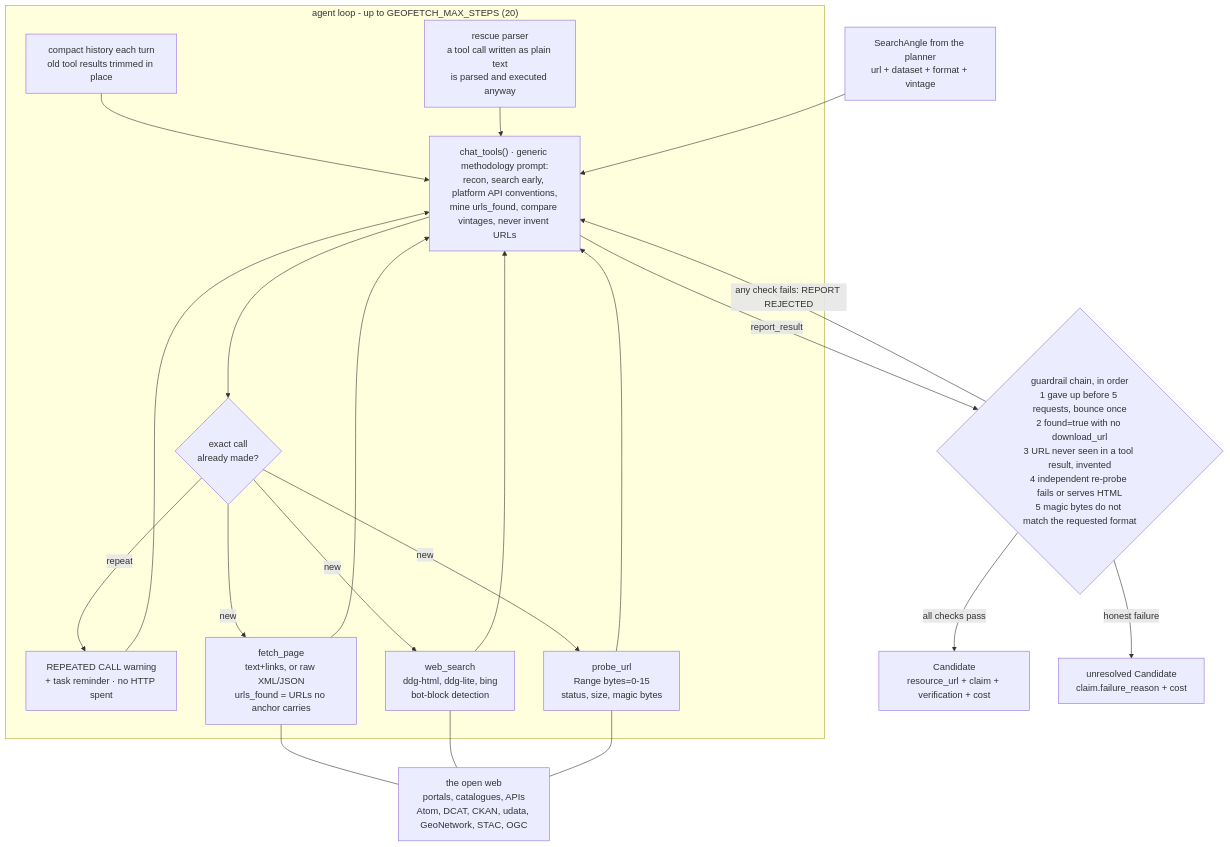
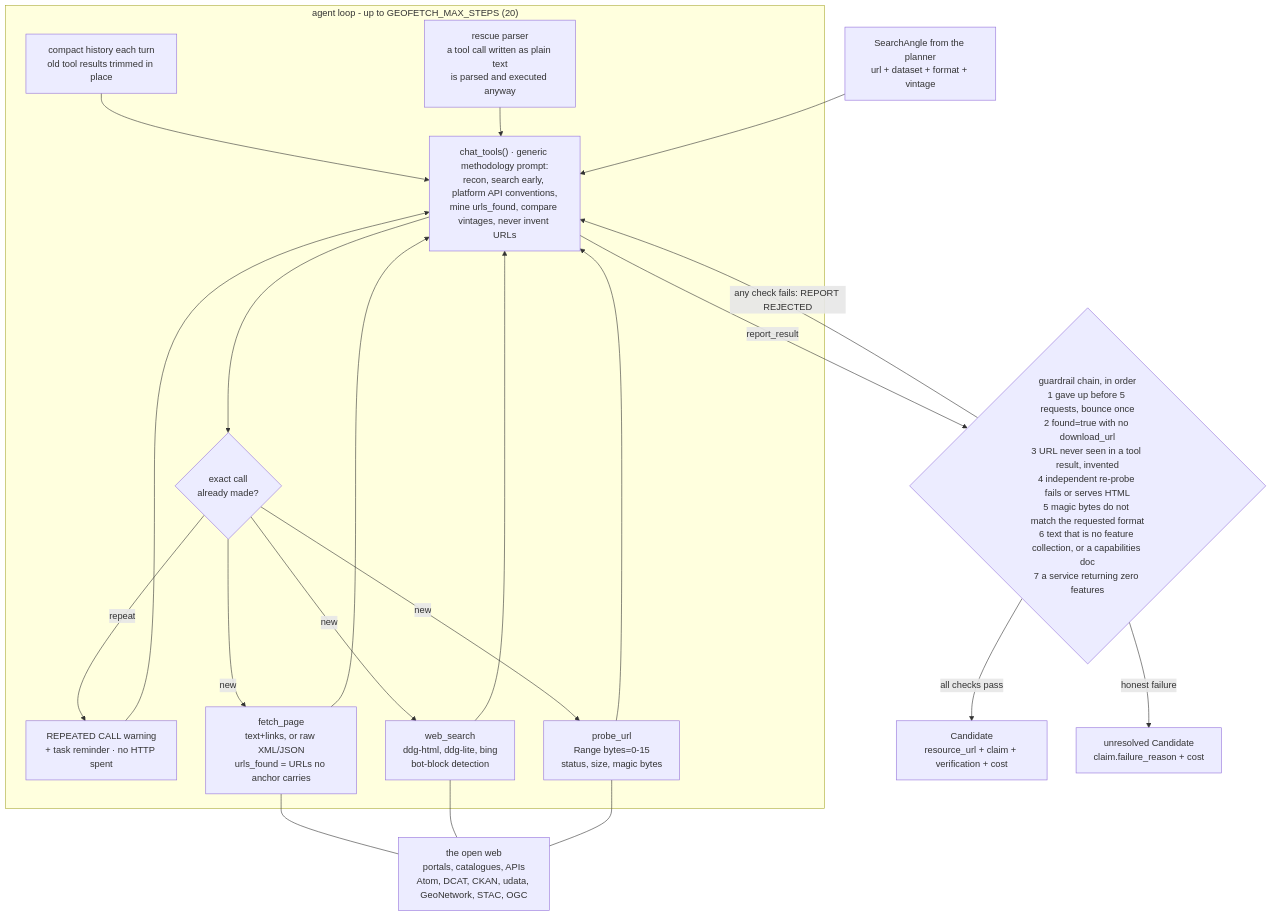
One commit to CommanderWahid/beegent changed the diagram in docs/geofetch.md. Above: the diagram before and after it, drawn with Mermaid. The commit also changed other lines of this file and 10 other files, not shown here.

````diff
--- a/docs/geofetch.md
+++ b/docs/geofetch.md
@@ -6,38 +6,38 @@
 ```mermaid
 flowchart TD
     ANGLE["SearchAngle from the planner<br/>url + dataset + format + vintage"]
 
     subgraph AGENT["agent loop - up to GEOFETCH_MAX_STEPS (20)"]
         LLM["chat_tools() · generic methodology prompt:<br/>recon, search early, platform API conventions,<br/>mine urls_found, compare vintages, never invent URLs"]
         COMPACT["compact history each turn<br/>old tool results trimmed in place"]
         RESCUE["rescue parser<br/>a tool call written as plain text<br/>is parsed and executed anyway"]
         ANTILOOP{"exact call<br/>already made?"}
         WARN["REPEATED CALL warning<br/>+ task reminder · no HTTP spent"]
         T1["fetch_page<br/>text+links, or raw XML/JSON<br/>urls_found = URLs no anchor carries"]
         T2["web_search<br/>ddg-html, ddg-lite, bing<br/>bot-block detection"]
         T3["probe_url<br/>Range bytes=0-15<br/>status, size, magic bytes"]
         COMPACT --> LLM
         LLM --> ANTILOOP
         RESCUE --> LLM
         ANTILOOP -->|repeat| WARN --> LLM
         ANTILOOP -->|new| T1 --> LLM
         ANTILOOP -->|new| T2 --> LLM
         ANTILOOP -->|new| T3 --> LLM
     end
 
     ANGLE --> LLM
 
     WEB["the open web<br/>portals, catalogues, APIs<br/>Atom, DCAT, CKAN, udata, GeoNetwork, STAC, OGC"]
     T1 --- WEB
     T2 --- WEB
     T3 --- WEB
 
-    G{"guardrail chain, in order<br/>1 gave up before 5 requests, bounce once<br/>2 found=true with no download_url<br/>3 URL never seen in a tool result, invented<br/>4 independent re-probe fails or serves HTML<br/>5 magic bytes do not match the requested format"}
+    G{"guardrail chain, in order<br/>1 gave up before 5 requests, bounce once<br/>2 found=true with no download_url<br/>3 URL never seen in a tool result, invented<br/>4 independent re-probe fails or serves HTML<br/>5 magic bytes do not match the requested format<br/>6 text that is no feature collection, or a capabilities doc<br/>7 a service returning zero features"}
     LLM -->|report_result| G
     G -->|any check fails: REPORT REJECTED| LLM
 
     OKC["Candidate<br/>resource_url + claim + verification + cost"]
     BADC["unresolved Candidate<br/>claim.failure_reason + cost"]
     G -->|all checks pass| OKC
     G -->|honest failure| BADC
 ```
````
